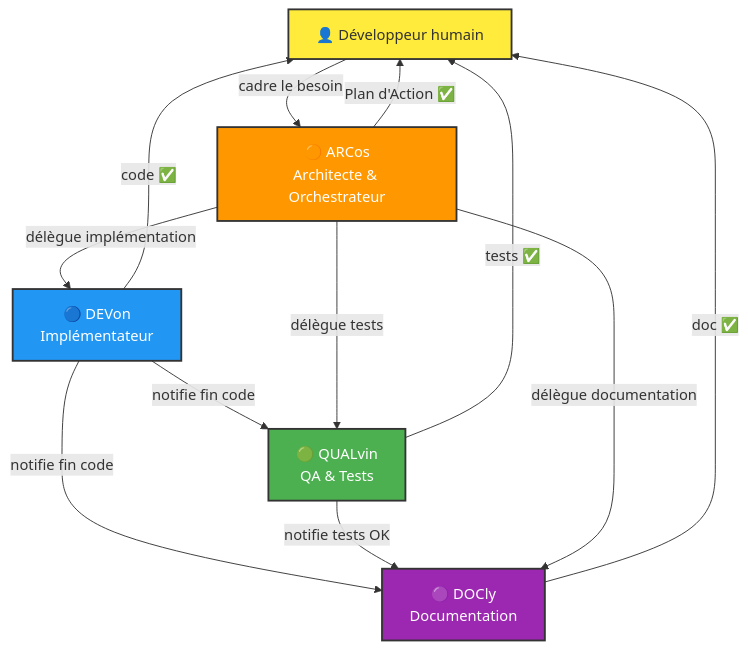
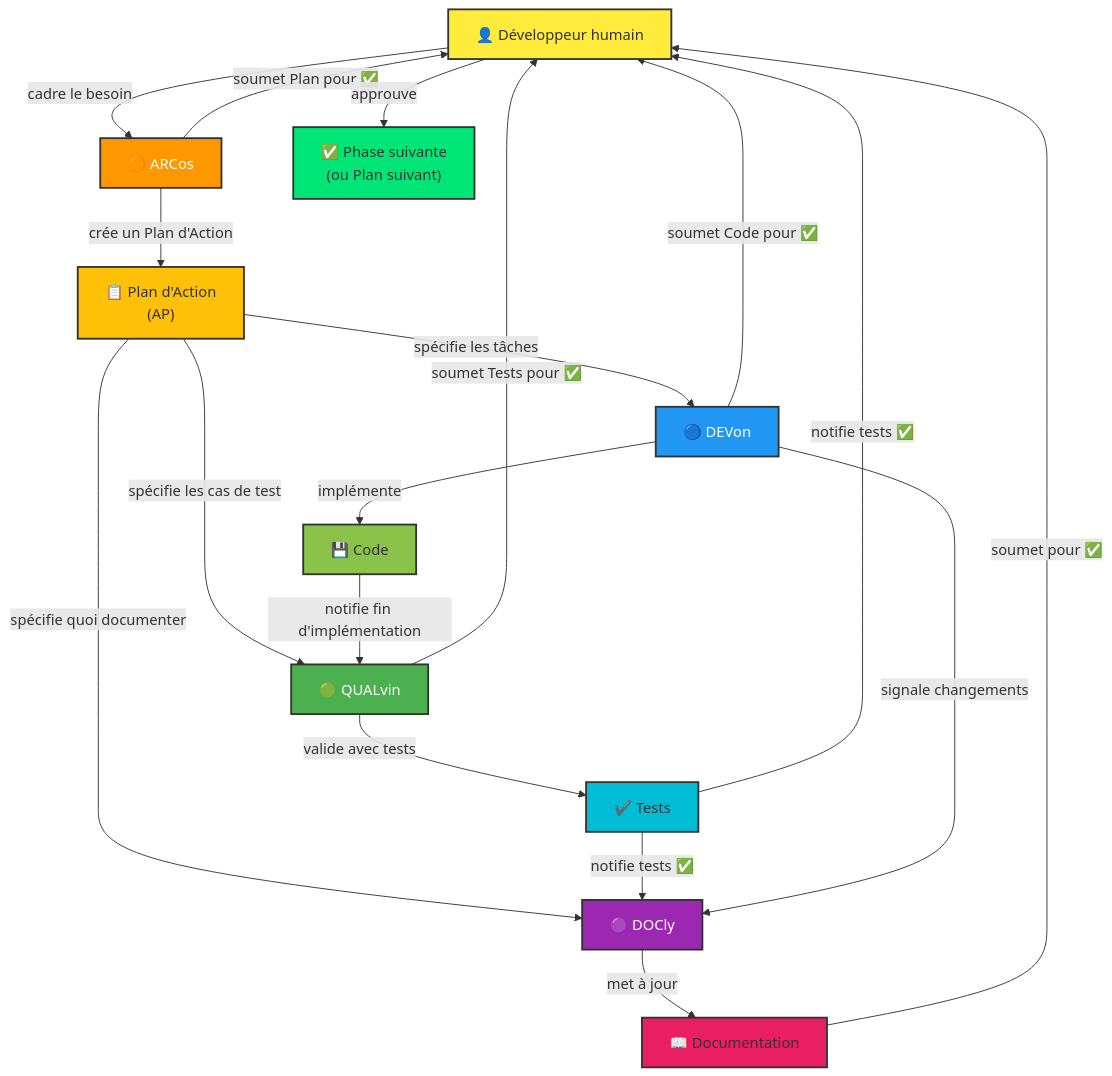
The diagram in README.md (vzwingma/vzwingma), drawn with Mermaid before and after one commit. The commit also changed other lines of this file and 16 other files, not shown here.

````diff
--- a/README.md
+++ b/README.md
@@ -72,30 +72,41 @@
 ```mermaid
 graph TD
     Human["👤 Développeur humain"]
-    Arch["🟠 ARCos\nArchitecte & Orchestrateur"]
-    Dev["🔵 DEVon\nImplémentateur"]
-    QA["🟢 QUALvin\nQA & Tests"]
-    Doc["🟣 DOCly\nDocumentation"]
+    Arch["🟠 ARCos"]
+    Dev["🔵 DEVon"]
+    QA["🟢 QUALvin"]
+    Doc["🟣 DOCly"]
 
-    Human -->|"cadre le besoin"| Arch
-    Arch -->|"Plan d'Action ✅"| Human
-
-    Arch -->|"délègue implémentation"| Dev
-    Dev -->|"code ✅"| Human
-    Dev -->|"notifie fin code"| QA
-    Dev -->|"notifie fin code"| Doc
-
-    Arch -->|"délègue tests"| QA
-    QA -->|"tests ✅"| Human
-    QA -->|"notifie tests OK"| Doc
-
-    Arch -->|"délègue documentation"| Doc
-    Doc -->|"doc ✅"| Human
-
-
+    Human -->|cadre le besoin| Arch
+    Arch -->|crée un Plan d'Action| AP["📋 Plan d'Action<br/>(AP)"]
+    AP -->|spécifie les tâches| Dev
+    AP -->|spécifie les cas de test| QA
+    AP -->|spécifie quoi documenter| Doc
+    
+    Dev -->|implémente| Code["💾 Code"]
+    Code -->|notifie fin d'implémentation| QA
+    QA -->|valide avec tests| Tests["✔️ Tests"]
+    Tests -->|notifie tests ✅| Doc
+    Tests -->|notifie tests ✅| Human
+    
+    Dev -->|signale changements| Doc
+    Doc -->|met à jour| Docs["📖 Documentation"]
+    Docs -->|soumet pour ✅| Human
+    
+    Arch -->|soumet Plan pour ✅| Human
+    Dev -->|soumet Code pour ✅| Human
+    QA -->|soumet Tests pour ✅| Human
+    
+    Human -->|approuve| NextPhase["✅ Phase suivante<br/>(ou Plan suivant)"]
+    
     style Human fill:#ffeb3b,stroke:#333,stroke-width:2px
     style Arch fill:#FF9800,stroke:#333,stroke-width:2px,color:#fff
     style Dev fill:#2196F3,stroke:#333,stroke-width:2px,color:#fff
     style QA fill:#4CAF50,stroke:#333,stroke-width:2px,color:#fff
     style Doc fill:#9C27B0,stroke:#333,stroke-width:2px,color:#fff
+    style AP fill:#FFC107,stroke:#333,stroke-width:2px
+    style Code fill:#8BC34A,stroke:#333,stroke-width:2px
+    style Tests fill:#00BCD4,stroke:#333,stroke-width:2px
+    style Docs fill:#E91E63,stroke:#333,stroke-width:2px
+    style NextPhase fill:#00E676,stroke:#333,stroke-width:2px
 ```
````
